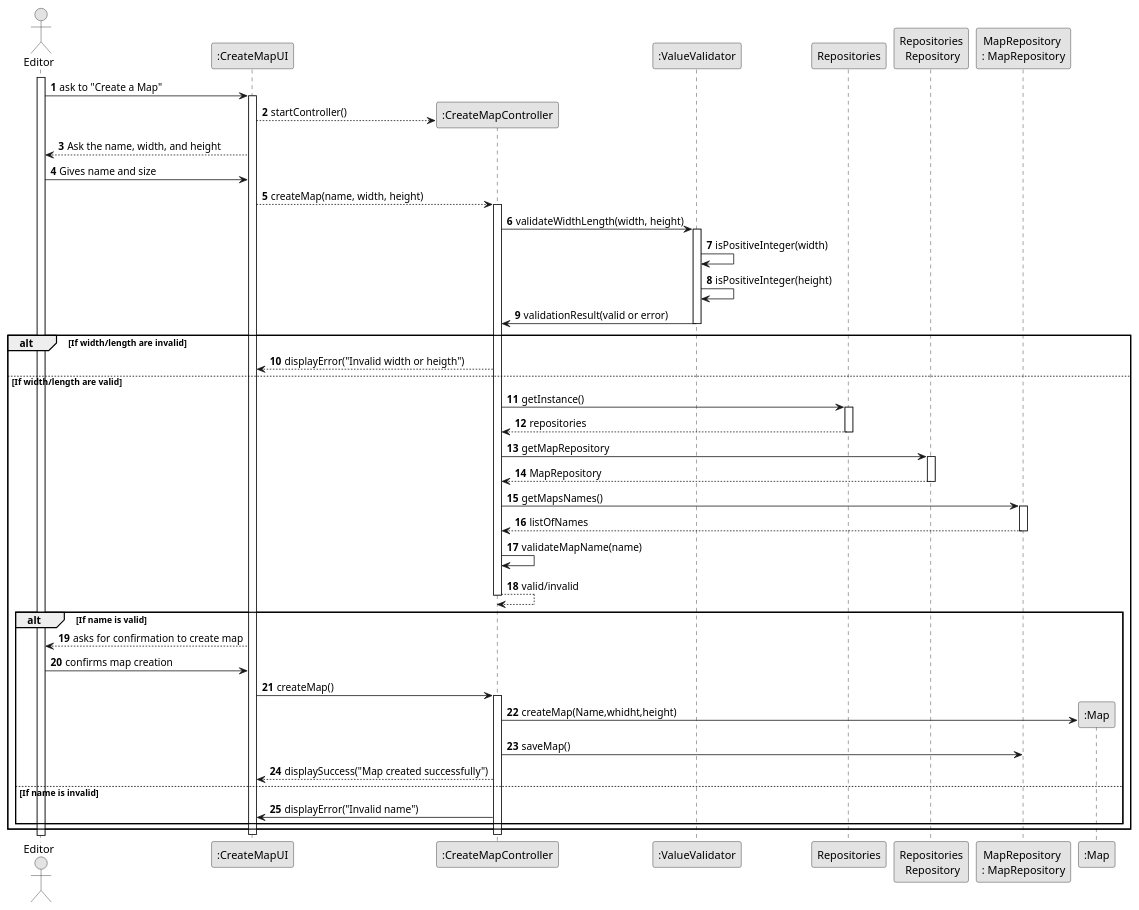
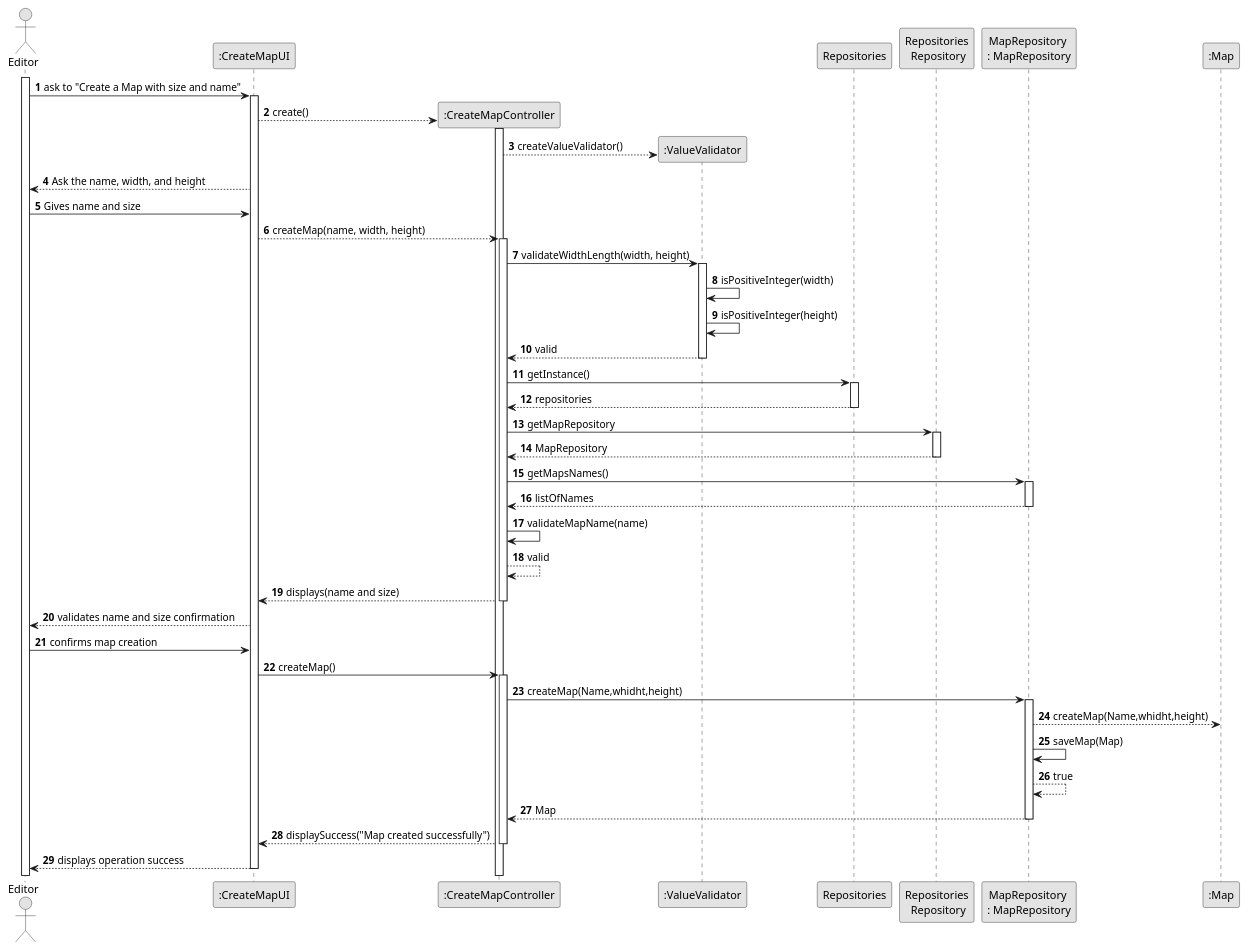
The diagram in docs/system-documentation/US001/03.design/puml/US001-SD-full.puml (1240826/empire-on-tracks), drawn with PlantUML before and after one commit.

```diff
--- a/docs/system-documentation/US001/03.design/puml/US001-SD-full.puml
+++ b/docs/system-documentation/US001/03.design/puml/US001-SD-full.puml
@@ -1,106 +1,111 @@
 @startuml
 skinparam monochrome true
 skinparam packageStyle rectangle
 skinparam shadowing false
 
 autonumber
 
 actor "Editor" as Employee
 participant ":CreateMapUI" as UI
 participant ":CreateMapController" as Controller
 participant ":ValueValidator" as Validator
 participant "Repositories" as Rep
 participant "Repositories\n Repository" as Repos
 participant "MapRepository \n: MapRepository" as Repository
 
 participant ":Map" as Map
 
 activate Employee
 
-    Employee -> UI : ask to "Create a Map"
+    Employee -> UI : ask to "Create a Map with size and name"
     activate UI
 
-            UI --> Controller** : startController()
+            UI --> Controller** : create()
+            activate Controller
+            Controller-->Validator**:createValueValidator()
 
 
 
         UI --> Employee : Ask the name, width, and height
 
 
 
 
 
 
 
     Employee -> UI : Gives name and size
 
 
         UI --> Controller  : createMap(name, width, height)
         activate Controller
 
             Controller -> Validator : validateWidthLength(width, height)
             activate Validator
 
             Validator -> Validator : isPositiveInteger(width)
             Validator -> Validator : isPositiveInteger(height)
-            Validator -> Controller : validationResult(valid or error)
+            Validator --> Controller : valid
             deactivate Validator
 
-            alt If width/length are invalid
-                Controller --> UI : displayError("Invalid width or heigth")
 
 
-            else If width/length are valid
+
+
+
 
             Controller->Rep: getInstance()
             activate Rep
 
             Rep-->Controller:repositories
             deactivate Rep
             Controller->Repos:getMapRepository
             activate Repos
             Repos--> Controller:MapRepository
             deactivate Repos
 
             Controller->Repository:getMapsNames()
             activate Repository
             Repository-->Controller:listOfNames
             deactivate Repository
 
 
 
                 Controller -> Controller : validateMapName(name)
-                Controller-->Controller:valid/invalid
+                Controller-->Controller:valid
+                Controller-->UI:displays(name and size)
 
                 deactivate Controller
 
-                alt If name is valid
-                    UI --> Employee : asks for confirmation to create map
+
+                    UI --> Employee :validates name and size confirmation
 
 
                     Employee -> UI : confirms map creation
 
 
                     UI -> Controller: createMap()
                     activate Controller
 
-                    Controller->Map**:createMap(Name,whidht,height)
+                    Controller->Repository:createMap(Name,whidht,height)
+                    activate Repository
+
+                            Repository-->Map : createMap(Name,whidht,height)
+                            Repository->Repository:saveMap(Map)
+                            Repository-->Repository:true
+                            Repository-->Controller:Map
+                        deactivate Repository
+
+
+
+                    Controller --> UI : displaySuccess("Map created successfully")
 
 
 
 
 
-                            Controller -> Repository : saveMap()
-                        deactivate Repository
-
-
-                    Controller --> UI : displaySuccess("Map created successfully")
-                else If name is invalid
-                    Controller -> UI : displayError("Invalid name")
-                end
-            end
-
         deactivate Controller
+        UI-->Employee:displays operation success
     deactivate UI
 
 @enduml
```
